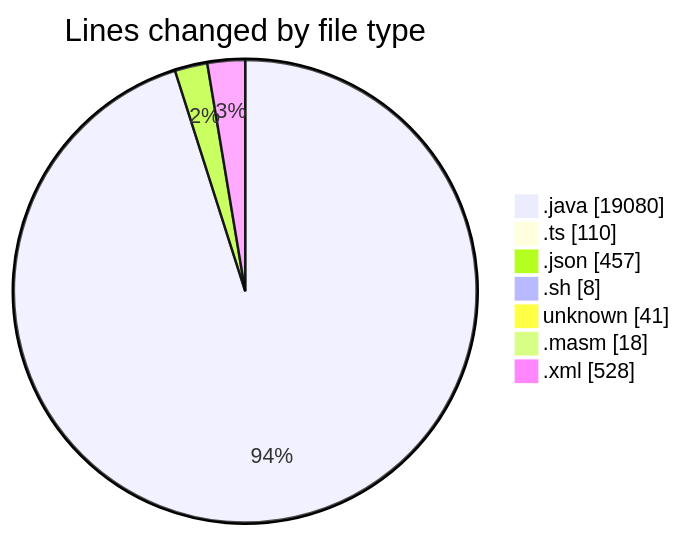
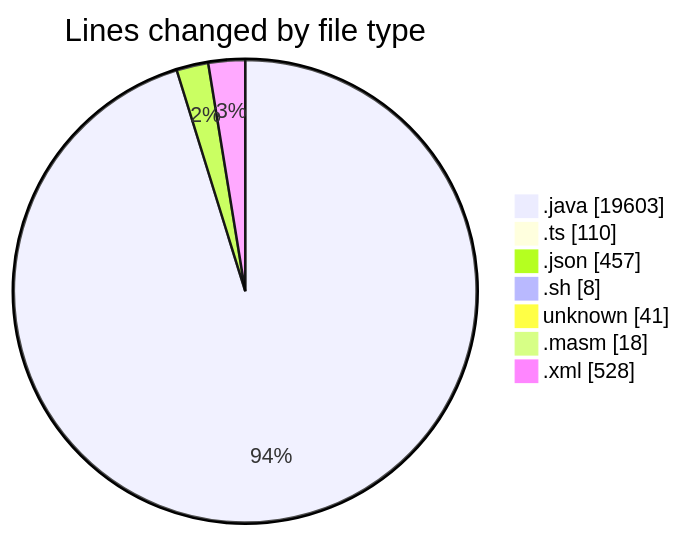
The first of 2 diagrams in 2025-02-20/micros/README.md (charlie-sans/code-tracking), drawn with Mermaid before and after one commit. The commit also changed other lines of this file and 1 other file, not shown here.

````diff
--- a/2025-02-20/micros/README.md
+++ b/2025-02-20/micros/README.md
@@ -69,11 +75,11 @@
 ```mermaid
 pie showData
 title Lines changed by file type
-".java" : 19080
+".java" : 19603
 ".ts" : 110
 ".json" : 457
 ".sh" : 8
 "unknown" : 41
 ".masm" : 18
 ".xml" : 528
 ```
````
